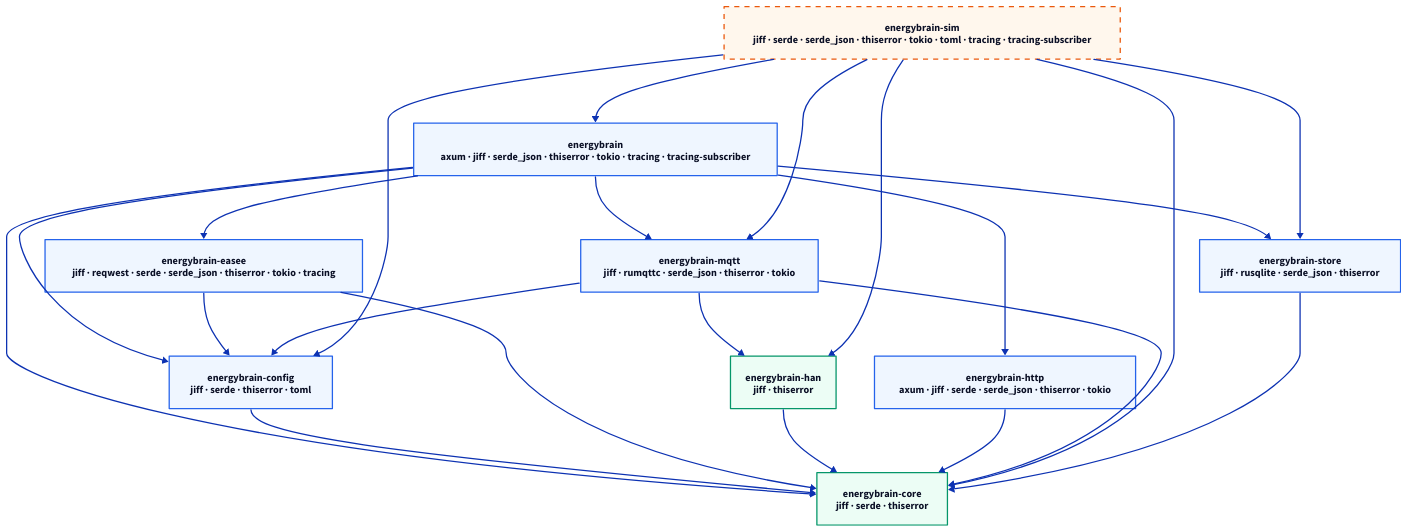
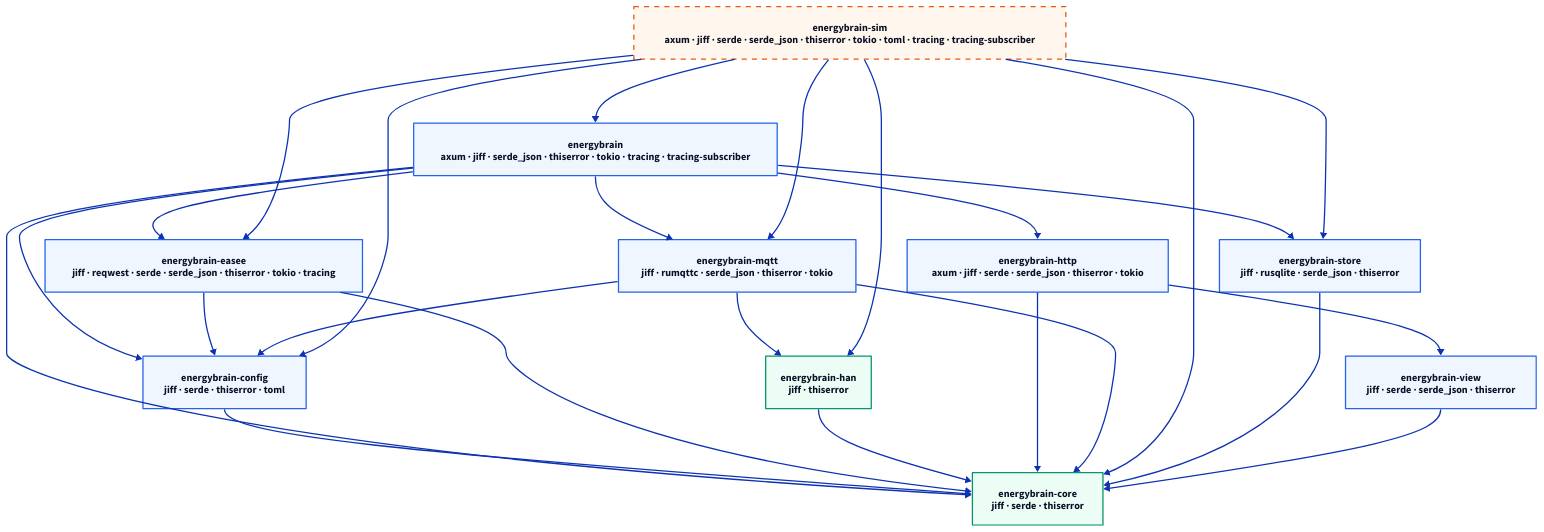
One commit to bendiksolheim/energybrain changed the diagram in docs/architecture/crates.d2. Above: the diagram before and after it, drawn with D2. The commit also changed 16 other files, not shown here.

First line of the commit message:
W1: energybrain-view, a pure crate for the web app (PLAN.md §10)

```diff
--- a/docs/architecture/crates.d2
+++ b/docs/architecture/crates.d2
@@ -1,42 +1,46 @@
 # GENERATED by scripts/arch-crates.sh from `cargo metadata`; run `just arch`, do not edit.
 # Solid: normal dependency. Dashed: dev-dependency only. Box text: external dependencies.
 
 direction: down
 
 classes: {
   pure: {style: {fill: "#ecfdf5"; stroke: "#059669"}}
   io: {style: {fill: "#eff6ff"; stroke: "#2563eb"}}
   dev: {style: {fill: "#fff7ed"; stroke: "#ea580c"; stroke-dash: 4}}
 }
 
 app: "energybrain\naxum · jiff · serde_json · thiserror · tokio · tracing · tracing-subscriber" {class: io}
 config: "energybrain-config\njiff · serde · thiserror · toml" {class: io}
 core: "energybrain-core\njiff · serde · thiserror" {class: pure}
 easee: "energybrain-easee\njiff · reqwest · serde · serde_json · thiserror · tokio · tracing" {class: io}
 han: "energybrain-han\njiff · thiserror" {class: pure}
 http: "energybrain-http\naxum · jiff · serde · serde_json · thiserror · tokio" {class: io}
 mqtt: "energybrain-mqtt\njiff · rumqttc · serde_json · thiserror · tokio" {class: io}
-sim: "energybrain-sim\njiff · serde · serde_json · thiserror · tokio · toml · tracing · tracing-subscriber" {class: dev}
+sim: "energybrain-sim\naxum · jiff · serde · serde_json · thiserror · tokio · toml · tracing · tracing-subscriber" {class: dev}
 store: "energybrain-store\njiff · rusqlite · serde_json · thiserror" {class: io}
+view: "energybrain-view\njiff · serde · serde_json · thiserror" {class: io}
 
 app -> config
 app -> core
 app -> easee
 app -> http
 app -> mqtt
 app -> store
 config -> core
 easee -> config
 easee -> core
 han -> core
 http -> core
+http -> view
 mqtt -> config
 mqtt -> core
 mqtt -> han
 sim -> app
 sim -> config
 sim -> core
+sim -> easee
 sim -> han
 sim -> mqtt
 sim -> store
 store -> core
+view -> core
```
